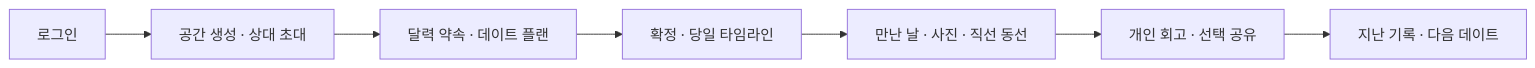
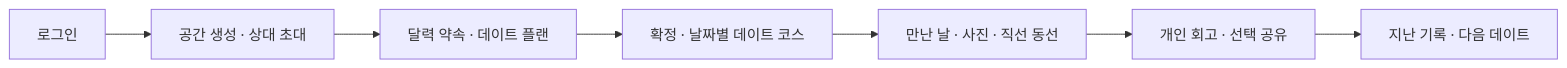
One commit to jhpark-jarvis/we2day changed the first of 2 diagrams in README.md. Above: the diagram before and after it, drawn with Mermaid. The commit also changed other lines of this file and 3 other files, not shown here.

````diff
--- a/README.md
+++ b/README.md
@@ -106,9 +106,9 @@
 ```mermaid
 flowchart LR
   A["로그인"] --> B["공간 생성 · 상대 초대"]
   B --> C["달력 약속 · 데이트 플랜"]
-  C --> D["확정 · 당일 타임라인"]
+  C --> D["확정 · 날짜별 데이트 코스"]
   D --> E["만난 날 · 사진 · 직선 동선"]
   E --> F["개인 회고 · 선택 공유"]
   F --> G["지난 기록 · 다음 데이트"]
 ```
````
